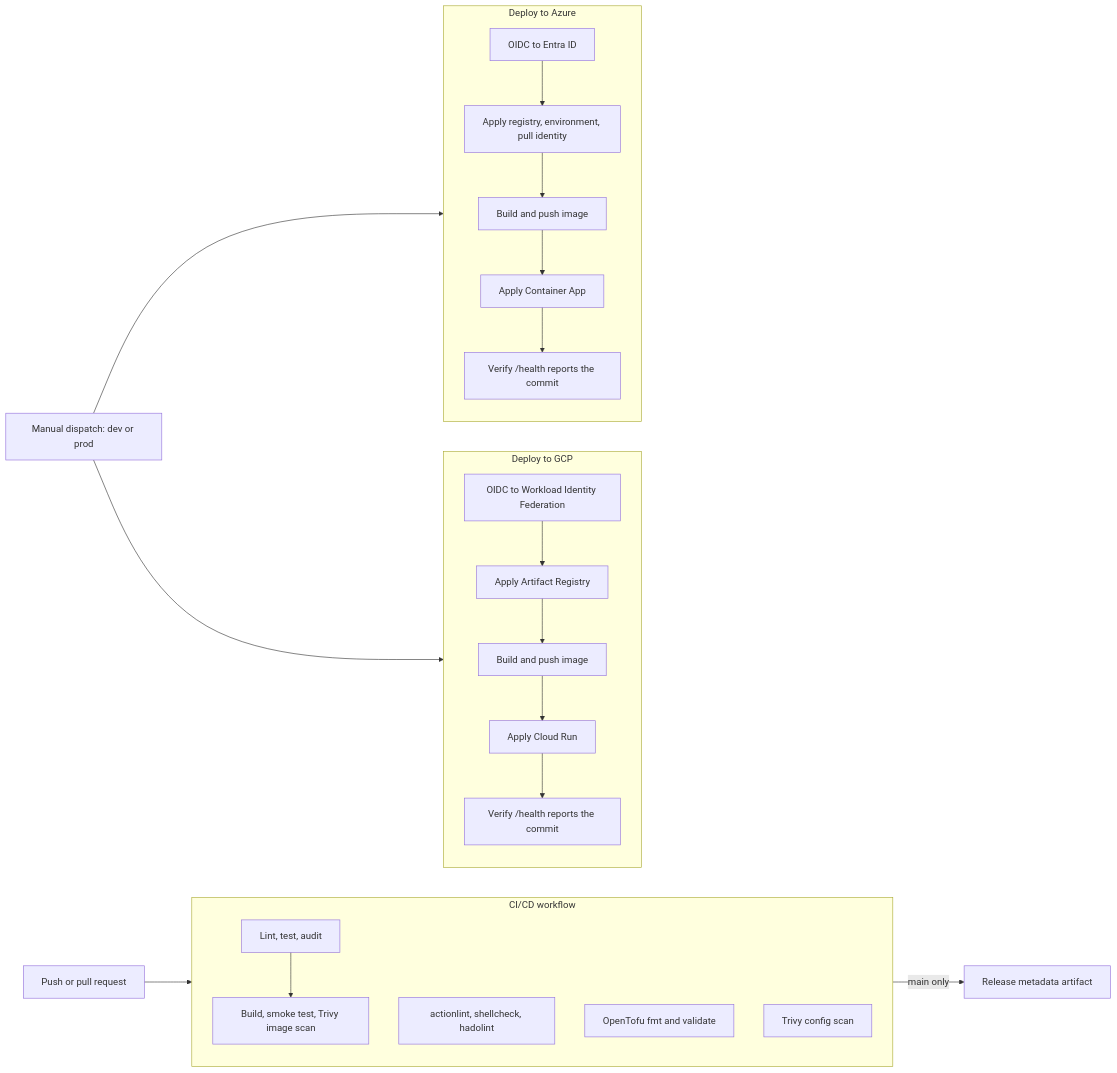
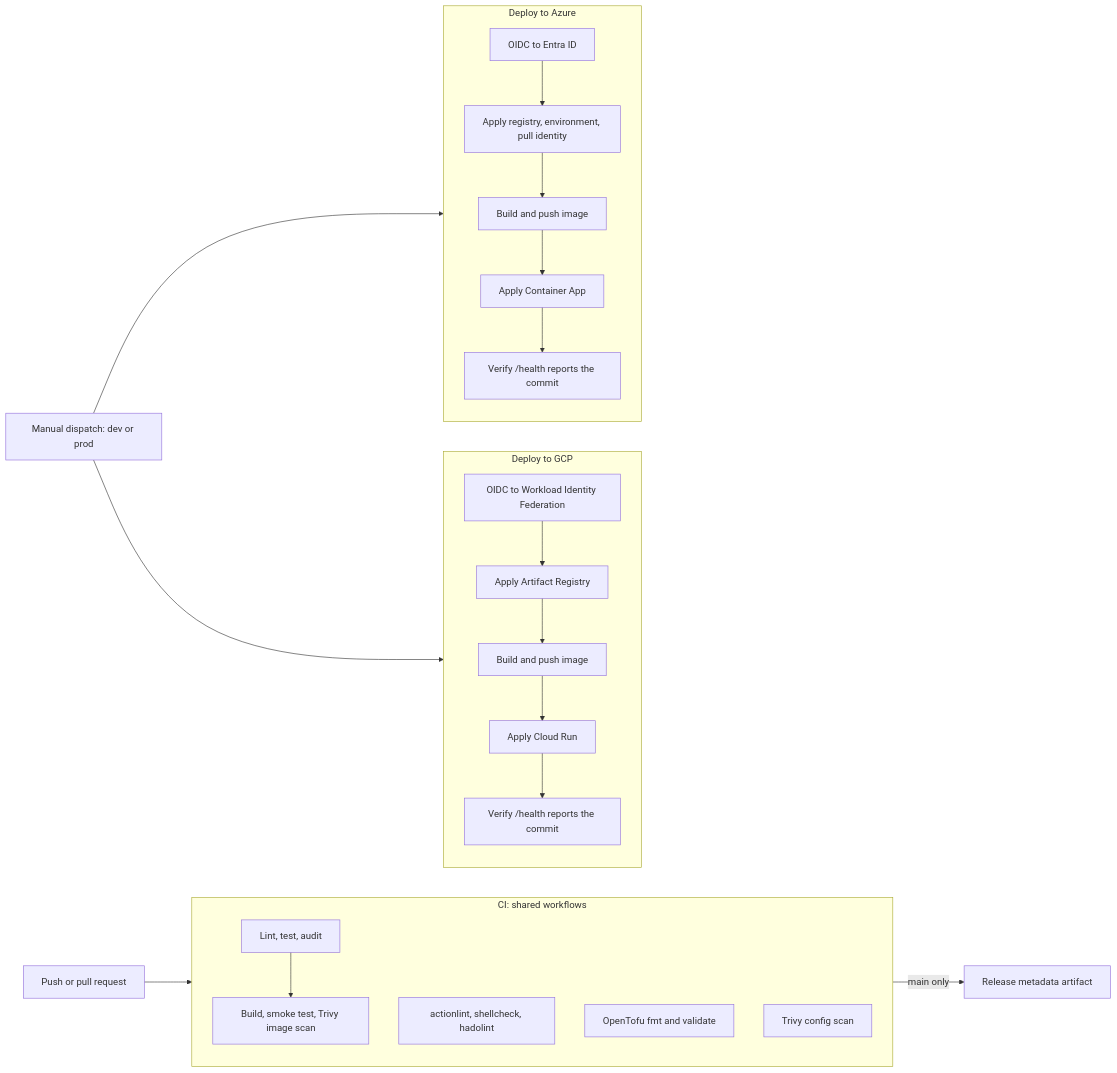
The diagram in docs/architecture.md (Naresh1401/enterprise-multi-cloud), drawn with Mermaid before and after one commit. The commit also changed other lines of this file and 9 other files, not shown here.

First line of the commit message:
Use the shared CI workflows and rename to enterprise-multi-cloud

````diff
--- a/docs/architecture.md
+++ b/docs/architecture.md
@@ -7,27 +10,27 @@
 ```mermaid
 flowchart LR
   dev[Push or pull request] --> ci
 
-  subgraph ci[CI/CD workflow]
+  subgraph ci[CI: shared workflows]
     py[Lint, test, audit]
     lint[actionlint, shellcheck, hadolint]
     tofu[OpenTofu fmt and validate]
     sec[Trivy config scan]
     img[Build, smoke test, Trivy image scan]
     py --> img
   end
 
   ci -->|main only| meta[Release metadata artifact]
 
   op[Manual dispatch: dev or prod] --> gcp & az
 
   subgraph gcp[Deploy to GCP]
     g1[OIDC to Workload Identity Federation] --> g2[Apply Artifact Registry]
     g2 --> g3[Build and push image] --> g4[Apply Cloud Run] --> g5[Verify /health reports the commit]
   end
 
   subgraph az[Deploy to Azure]
     a1[OIDC to Entra ID] --> a2[Apply registry, environment, pull identity]
     a2 --> a3[Build and push image] --> a4[Apply Container App] --> a5[Verify /health reports the commit]
   end
 ```
````
